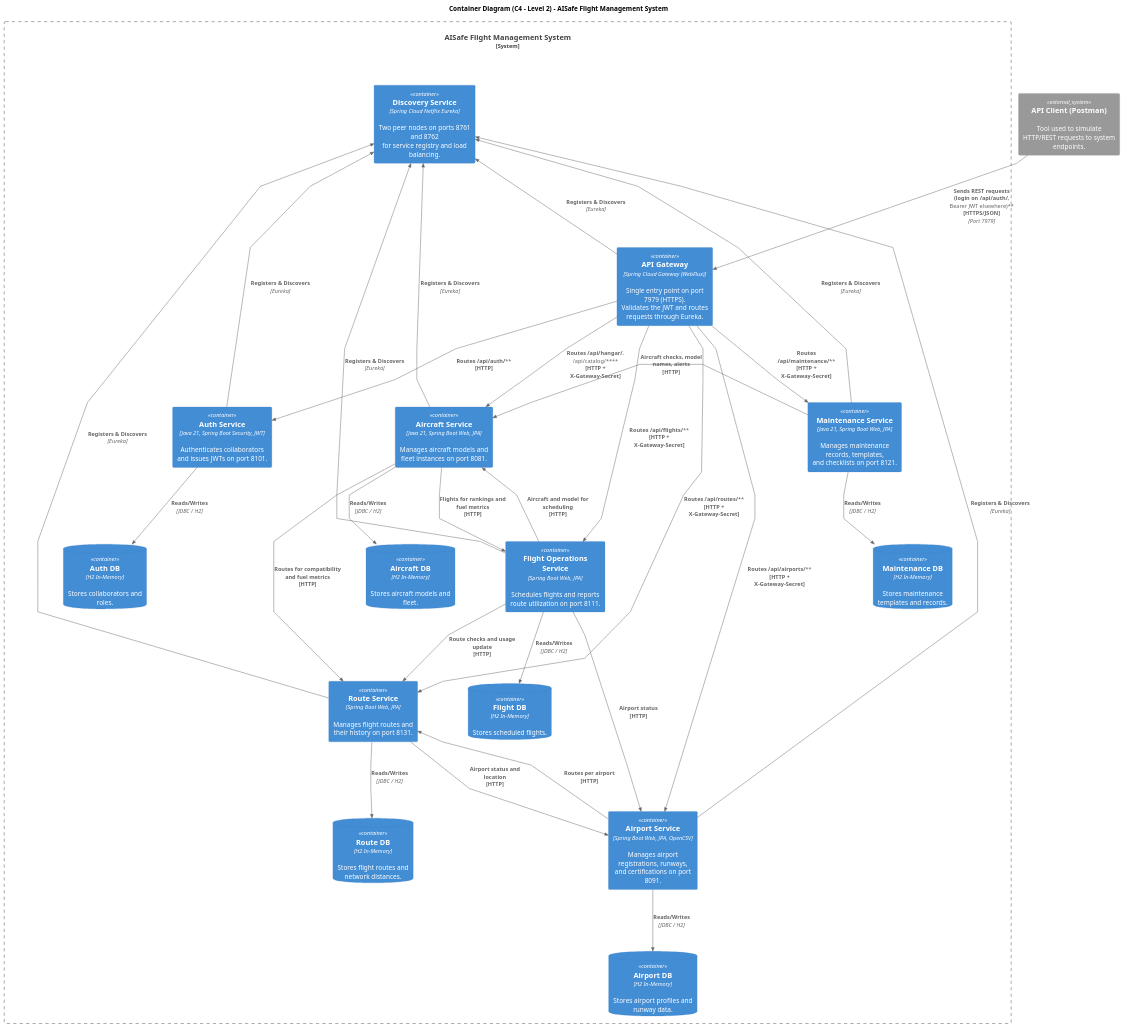
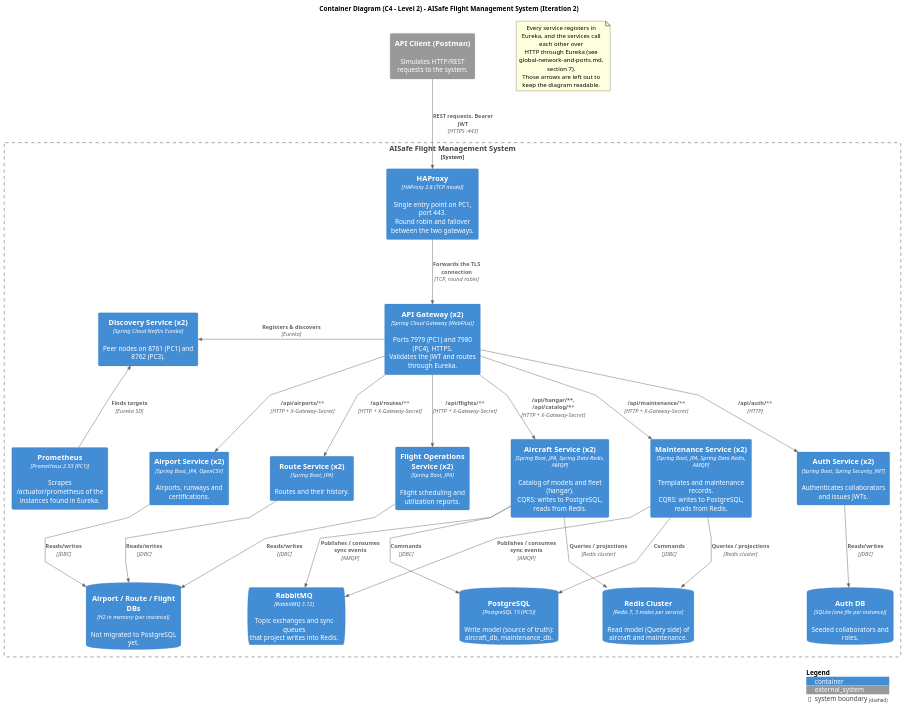
The diagram in docs/container-diagram-c4-level2.puml (8126Lucas/SIDIS_G6_3DA), drawn with PlantUML before and after one commit. The commit also changed 48 other files, not shown here.

First line of the commit message:
Refactor maintenance and route services for improved data handling and documentation

```diff
--- a/docs/container-diagram-c4-level2.puml
+++ b/docs/container-diagram-c4-level2.puml
@@ -1,80 +1,77 @@
 @startuml
 !include <C4/C4_Container>
 
-' Aumento das margens e espaçamentos entre nós para evitar sobreposição
-skinparam nodesep 110
-skinparam ranksep 100
+skinparam nodesep 90
+skinparam ranksep 90
 skinparam linetype polyline
 
-title Container Diagram (C4 - Level 2) - AISafe Flight Management System
+title Container Diagram (C4 - Level 2) - AISafe Flight Management System (Iteration 2)
 
-' External Client / User
-System_Ext(postman, "API Client (Postman)", "Tool used to simulate HTTP/REST requests to system endpoints.")
+System_Ext(postman, "API Client (Postman)", "Simulates HTTP/REST requests to the system.")
 
-' System Boundary
 System_Boundary(aisafe_boundary, "AISafe Flight Management System") {
 
-    ' Entry Point & Infrastructure
-    Container(api_gateway, "API Gateway", "Spring Cloud Gateway (WebFlux)", "Single entry point on port 7979 (HTTPS).\nValidates the JWT and routes requests through Eureka.")
-    Container(discovery_service, "Discovery Service", "Spring Cloud Netflix Eureka", "Two peer nodes on ports 8761 and 8762\nfor service registry and load balancing.")
+    ' Entry point
+    Container(haproxy, "HAProxy", "HAProxy 2.8 (TCP mode)", "Single entry point on PC1, port 443.\nRound robin and failover between the two gateways.")
+    Container(api_gateway, "API Gateway (x2)", "Spring Cloud Gateway (WebFlux)", "Ports 7979 (PC1) and 7980 (PC4), HTTPS.\nValidates the JWT and routes through Eureka.")
+    Container(discovery_service, "Discovery Service (x2)", "Spring Cloud Netflix Eureka", "Peer nodes on 8761 (PC1) and 8762 (PC3).")
 
-    ' Security / Auth
-    Container(auth_service, "Auth Service", "Java 21, Spring Boot Security, JWT", "Authenticates collaborators and issues JWTs on port 8101.")
-    ContainerDb(auth_db, "Auth DB", "H2 In-Memory", "Stores collaborators and roles.")
+    ' Security
+    Container(auth_service, "Auth Service (x2)", "Spring Boot, Spring Security, JWT", "Authenticates collaborators and issues JWTs.")
+    ContainerDb(auth_db, "Auth DB", "SQLite (one file per instance)", "Seeded collaborators and roles.")
 
-    ' Core Business Services
-    Container(aircraft_service, "Aircraft Service", "Java 21, Spring Boot Web, JPA", "Manages aircraft models and fleet instances on port 8081.")
-    ContainerDb(aircraft_db, "Aircraft DB", "H2 In-Memory", "Stores aircraft models and fleet.")
+    ' Services already migrated to CQRS
+    Container(aircraft_service, "Aircraft Service (x2)", "Spring Boot, JPA, Spring Data Redis, AMQP", "Catalog of models and fleet (hangar).\nCQRS: writes to PostgreSQL, reads from Redis.")
+    Container(maintenance_service, "Maintenance Service (x2)", "Spring Boot, JPA, Spring Data Redis, AMQP", "Templates and maintenance records.\nCQRS: writes to PostgreSQL, reads from Redis.")
 
-    Container(airport_service, "Airport Service", "Spring Boot Web, JPA, OpenCSV", "Manages airport registrations, runways,\nand certifications on port 8091.")
-    ContainerDb(airport_db, "Airport DB", "H2 In-Memory", "Stores airport profiles and runway data.")
+    ' Services not migrated yet
+    Container(airport_service, "Airport Service (x2)", "Spring Boot, JPA, OpenCSV", "Airports, runways and certifications.")
+    Container(route_service, "Route Service (x2)", "Spring Boot, JPA", "Routes and their history.")
+    Container(flight_service, "Flight Operations Service (x2)", "Spring Boot, JPA", "Flight scheduling and utilization reports.")
+    ContainerDb(h2_dbs, "Airport / Route / Flight DBs", "H2 in memory (per instance)", "Not migrated to PostgreSQL yet.")
 
-    Container(maintenance_service, "Maintenance Service", "Java 21, Spring Boot Web, JPA", "Manages maintenance records, templates,\nand checklists on port 8121.")
-    ContainerDb(maintenance_db, "Maintenance DB", "H2 In-Memory", "Stores maintenance templates and records.")
+    ' Shared data infrastructure
+    ContainerDb(postgres, "PostgreSQL", "PostgreSQL 15 (PC5)", "Write model (source of truth):\naircraft_db, maintenance_db.")
+    ContainerDb(redis, "Redis Cluster", "Redis 7, 3 nodes per service", "Read model (Query side) of\naircraft and maintenance.")
+    ContainerQueue(rabbitmq, "RabbitMQ", "RabbitMQ 3.12", "Topic exchanges and sync queues\nthat project writes into Redis.")
 
-    Container(route_service, "Route Service", "Spring Boot Web, JPA", "Manages flight routes and their history on port 8131.")
-    ContainerDb(route_db, "Route DB", "H2 In-Memory", "Stores flight routes and network distances.")
-
-    Container(flight_service, "Flight Operations Service", "Spring Boot Web, JPA", "Schedules flights and reports route utilization on port 8111.")
-    ContainerDb(flight_db, "Flight DB", "H2 In-Memory", "Stores scheduled flights.")
+    Container(prometheus, "Prometheus", "Prometheus 2.53 (PC1)", "Scrapes /actuator/prometheus of the\ninstances found in Eureka.")
 }
 
-' External Client -> Gateway
-Rel_D(postman, api_gateway, "Sends REST requests\n(login on /api/auth/**, Bearer JWT elsewhere)\n[HTTPS/JSON]", "Port 7979")
+' Entry
+Rel_D(postman, haproxy, "REST requests, Bearer JWT", "HTTPS :443")
+Rel_D(haproxy, api_gateway, "Forwards the TLS connection", "TCP, round robin")
 
-' API Gateway Routing
-Rel_D(api_gateway, auth_service, "Routes /api/auth/**\n[HTTP]")
-Rel_D(api_gateway, aircraft_service, "Routes /api/hangar/**, /api/catalog/**\n[HTTP + X-Gateway-Secret]")
-Rel_D(api_gateway, airport_service, "Routes /api/airports/**\n[HTTP + X-Gateway-Secret]")
-Rel_D(api_gateway, flight_service, "Routes /api/flights/**\n[HTTP + X-Gateway-Secret]")
-Rel_D(api_gateway, maintenance_service, "Routes /api/maintenance/**\n[HTTP + X-Gateway-Secret]")
-Rel_D(api_gateway, route_service, "Routes /api/routes/**\n[HTTP + X-Gateway-Secret]")
-Rel_U(api_gateway, discovery_service, "Registers & Discovers", "Eureka")
+' Routing
+Rel_D(api_gateway, auth_service, "/api/auth/**", "HTTP")
+Rel_D(api_gateway, aircraft_service, "/api/hangar/~**, /api/catalog/~**", "HTTP + X-Gateway-Secret")
+Rel_D(api_gateway, maintenance_service, "/api/maintenance/**", "HTTP + X-Gateway-Secret")
+Rel_D(api_gateway, airport_service, "/api/airports/**", "HTTP + X-Gateway-Secret")
+Rel_D(api_gateway, route_service, "/api/routes/**", "HTTP + X-Gateway-Secret")
+Rel_D(api_gateway, flight_service, "/api/flights/**", "HTTP + X-Gateway-Secret")
+Rel_L(api_gateway, discovery_service, "Registers & discovers", "Eureka")
 
-' Service Discovery
-Rel_U(auth_service, discovery_service, "Registers & Discovers", "Eureka")
-Rel_U(aircraft_service, discovery_service, "Registers & Discovers", "Eureka")
-Rel_U(airport_service, discovery_service, "Registers & Discovers", "Eureka")
-Rel_U(maintenance_service, discovery_service, "Registers & Discovers", "Eureka")
-Rel_U(route_service, discovery_service, "Registers & Discovers", "Eureka")
-Rel_U(flight_service, discovery_service, "Registers & Discovers", "Eureka")
+' Data
+Rel_D(auth_service, auth_db, "Reads/writes", "JDBC")
+Rel_D(aircraft_service, postgres, "Commands", "JDBC")
+Rel_D(maintenance_service, postgres, "Commands", "JDBC")
+Rel_D(aircraft_service, rabbitmq, "Publishes / consumes sync events", "AMQP")
+Rel_D(maintenance_service, rabbitmq, "Publishes / consumes sync events", "AMQP")
+Rel_D(aircraft_service, redis, "Queries / projections", "Redis cluster")
+Rel_D(maintenance_service, redis, "Queries / projections", "Redis cluster")
+Rel_D(airport_service, h2_dbs, "Reads/writes", "JDBC")
+Rel_D(route_service, h2_dbs, "Reads/writes", "JDBC")
+Rel_D(flight_service, h2_dbs, "Reads/writes", "JDBC")
 
-' Database Connections
-Rel_D(auth_service, auth_db, "Reads/Writes", "JDBC / H2")
-Rel_D(aircraft_service, aircraft_db, "Reads/Writes", "JDBC / H2")
-Rel_D(airport_service, airport_db, "Reads/Writes", "JDBC / H2")
-Rel_D(maintenance_service, maintenance_db, "Reads/Writes", "JDBC / H2")
-Rel_D(route_service, route_db, "Reads/Writes", "JDBC / H2")
-Rel_D(flight_service, flight_db, "Reads/Writes", "JDBC / H2")
+' Monitoring
+Rel_U(prometheus, discovery_service, "Finds targets", "Eureka SD")
 
-' Inter-Service REST Calls (RestClient over Eureka, with X-Gateway-Secret)
-Rel_R(maintenance_service, aircraft_service, "Aircraft checks, model names, alerts\n[HTTP]")
-Rel(aircraft_service, flight_service, "Flights for rankings and fuel metrics\n[HTTP]")
-Rel(aircraft_service, route_service, "Routes for compatibility and fuel metrics\n[HTTP]")
-Rel(flight_service, aircraft_service, "Aircraft and model for scheduling\n[HTTP]")
-Rel(flight_service, route_service, "Route checks and usage update\n[HTTP]")
-Rel(flight_service, airport_service, "Airport status\n[HTTP]")
-Rel(route_service, airport_service, "Airport status and location\n[HTTP]")
-Rel(airport_service, route_service, "Routes per airport\n[HTTP]")
+SHOW_LEGEND()
+
+note as N1
+  Every service registers in Eureka, and the services call each other over
+  HTTP through Eureka (see global-network-and-ports.md, section 7).
+  Those arrows are left out to keep the diagram readable.
+end note
 
 @enduml
```
